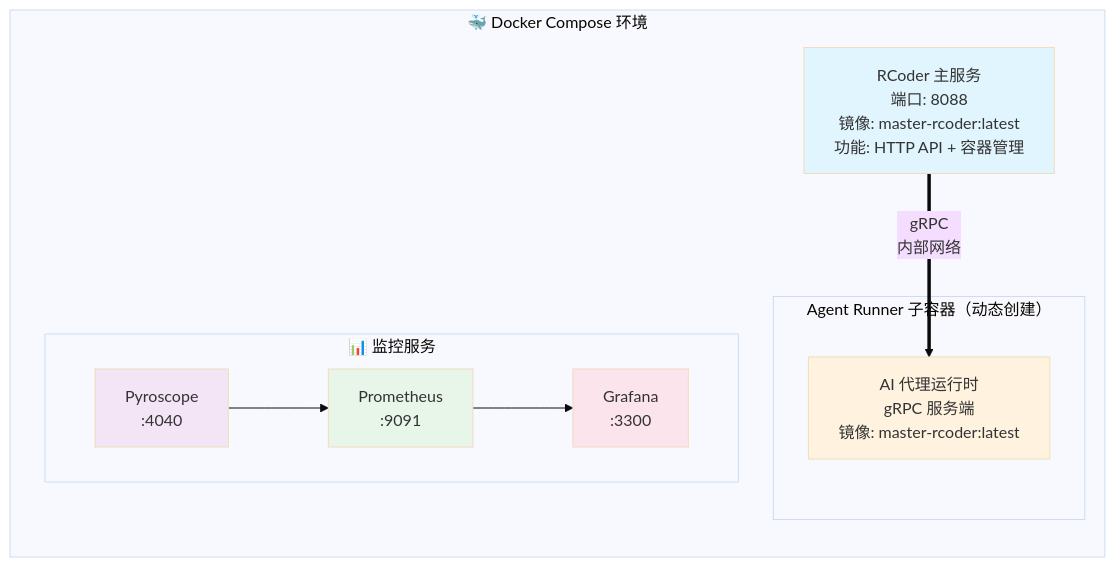
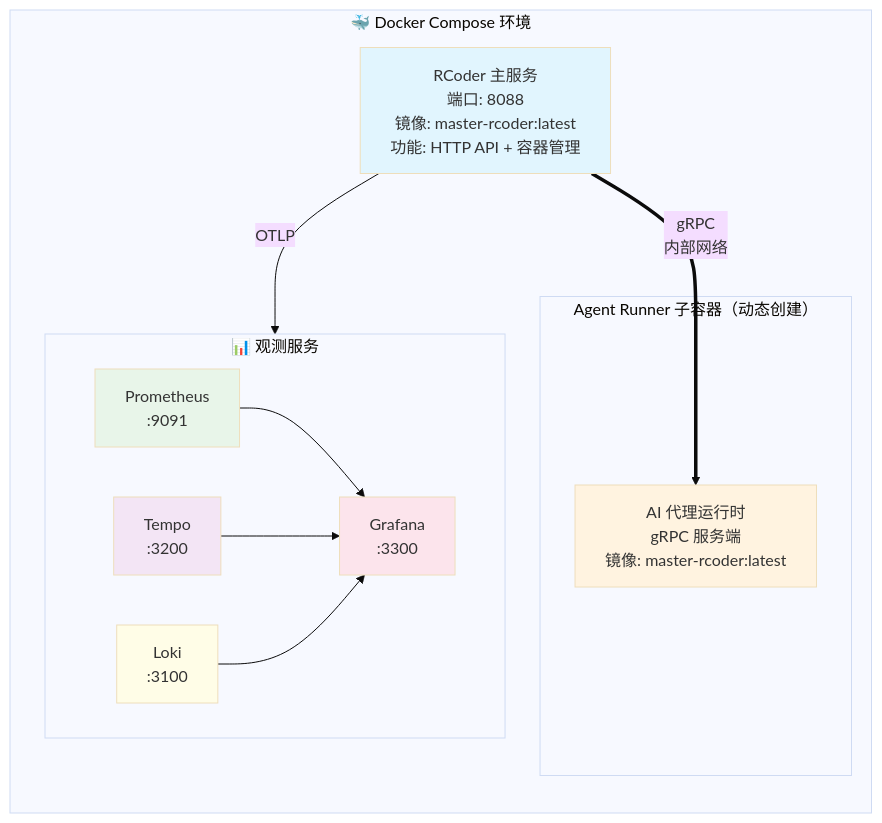
Before and after one commit to nuwax-ai/rcoder: the first of 3 diagrams in docker/README.md, drawn with Mermaid (base theme). The commit also changed other lines of this file and 9 other files, not shown here.

````diff
--- a/docker/README.md
+++ b/docker/README.md
@@ -91,28 +89,33 @@
 ```mermaid
 flowchart TB
     subgraph Docker["🐳 Docker Compose 环境"]
         direction TB
 
         RCoder["RCoder 主服务<br/>端口: 8088<br/>镜像: master-rcoder:latest<br/>功能: HTTP API + 容器管理"]
         
         subgraph Agent["Agent Runner 子容器（动态创建）"]
             Runner["AI 代理运行时<br/>gRPC 服务端<br/>镜像: master-rcoder:latest"]
         end
         
-        subgraph Monitoring["📊 监控服务"]
+        subgraph Monitoring["📊 观测服务"]
             direction LR
-            Pyro["Pyroscope<br/>:4040"]
+            Tempo["Tempo<br/>:3200"]
             Prom["Prometheus<br/>:9091"]
+            Loki["Loki<br/>:3100"]
             Graf["Grafana<br/>:3300"]
-            Pyro --> Prom --> Graf
         end
         
         RCoder ==>|"gRPC<br/>内部网络"| Runner
+        RCoder -->|"OTLP"| Tempo
+        Prom --> Graf
+        Tempo --> Graf
+        Loki --> Graf
     end
     
     style RCoder fill:#e1f5fe
     style Runner fill:#fff3e0
-    style Pyro fill:#f3e5f5
+    style Tempo fill:#f3e5f5
     style Prom fill:#e8f5e9
+    style Loki fill:#fffde7
     style Graf fill:#fce4ec
 ```
````
